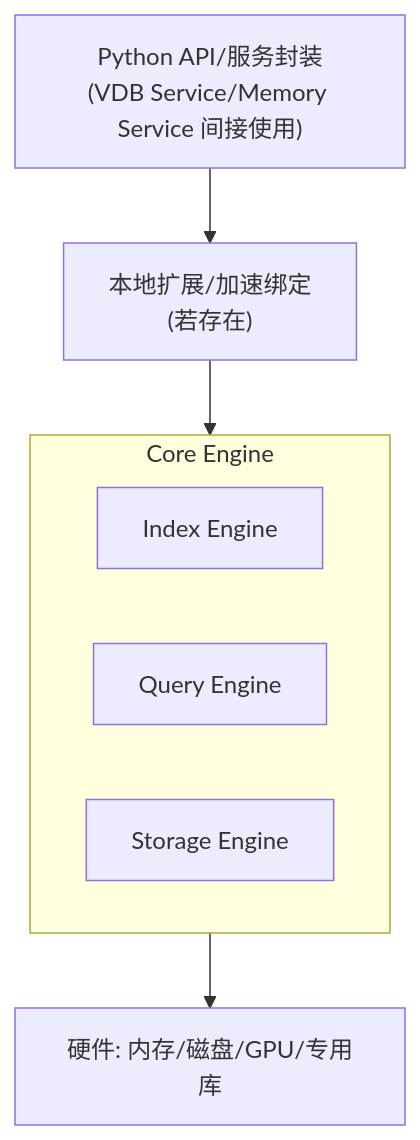
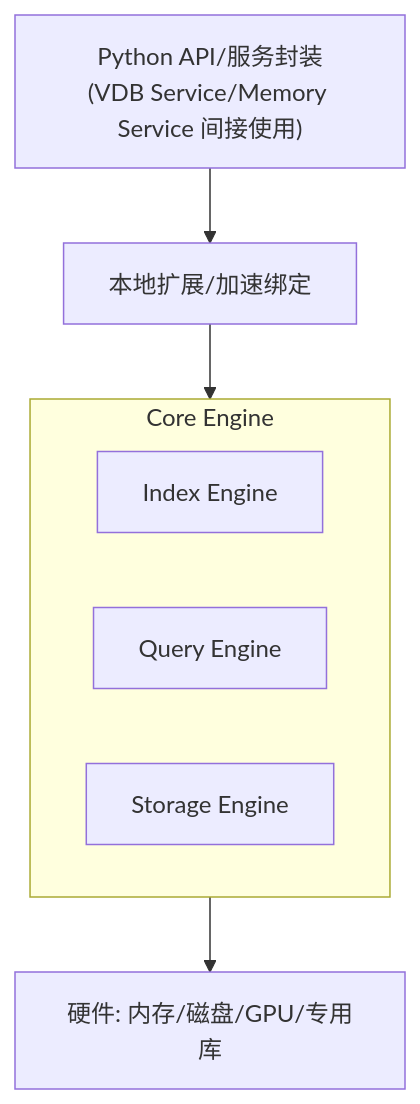
The diagram in docs_src/middleware/components/sage_db.md (peilin9990/SAGE-Pub), drawn with Mermaid before and after one commit. The commit also changed 5 other files, not shown here.

````diff
--- a/docs_src/middleware/components/sage_db.md
+++ b/docs_src/middleware/components/sage_db.md
@@ -114,13 +114,13 @@
 ```mermaid
 flowchart TB
-  API["Python API/服务封装\n(VDB Service/Memory Service 间接使用)"]
-  Bind["本地扩展/加速绑定\n(若存在)"]
+  API["Python API/服务封装<br/>(VDB Service/Memory Service 间接使用)"]
+  Bind["本地扩展/加速绑定"]
   subgraph Core[Core Engine]
     Index[Index Engine]
     Query[Query Engine]
     Storage[Storage Engine]
   end
   HW["硬件: 内存/磁盘/GPU/专用库"]
 
   API --> Bind --> Core --> HW
 ```
````
